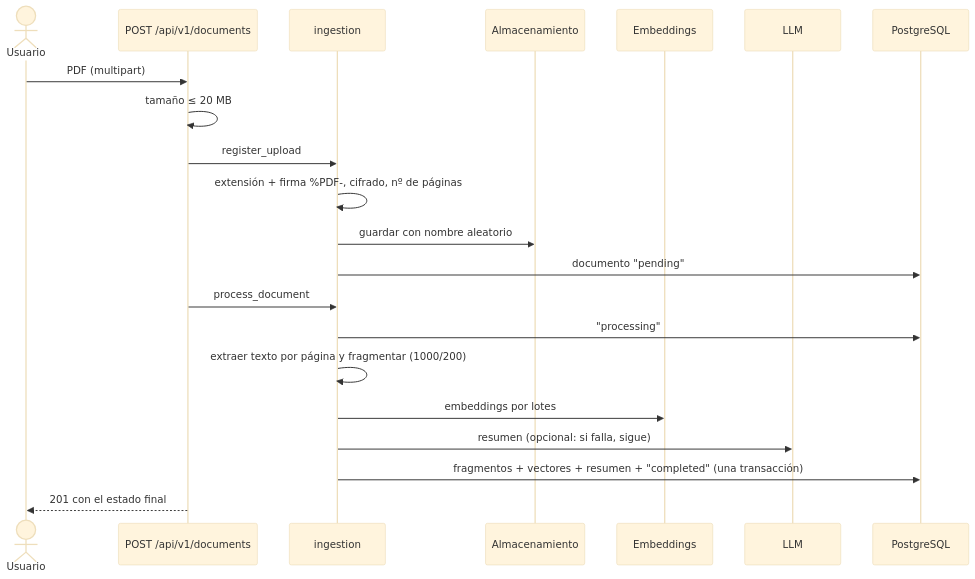
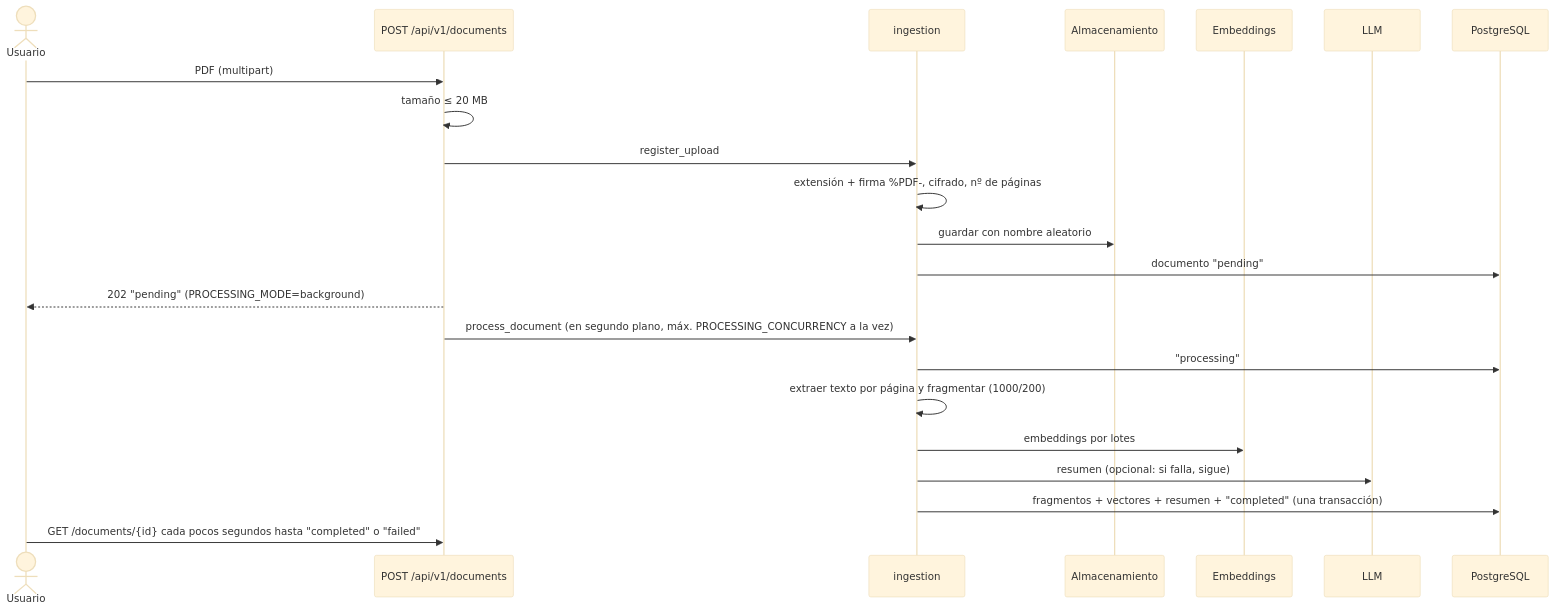
The second of 4 diagrams in docs/architecture.md (ivanqenk/rag), drawn with Mermaid (base theme) before and after one commit. The commit also changed other lines of this file and 15 other files, not shown here.

First line of the commit message:
Procesamiento de documentos en segundo plano

````diff
--- a/docs/architecture.md
+++ b/docs/architecture.md
@@ -33,24 +33,25 @@
 ```mermaid
 sequenceDiagram
     actor U as Usuario
     participant API as POST /api/v1/documents
     participant I as ingestion
     participant FS as Almacenamiento
     participant E as Embeddings
     participant L as LLM
     participant DB as PostgreSQL
 
     U->>API: PDF (multipart)
     API->>API: tamaño ≤ 20 MB
     API->>I: register_upload
     I->>I: extensión + firma %PDF-, cifrado, nº de páginas
     I->>FS: guardar con nombre aleatorio
     I->>DB: documento "pending"
-    API->>I: process_document
+    API-->>U: 202 "pending" (PROCESSING_MODE=background)
+    API->>I: process_document (en segundo plano, máx. PROCESSING_CONCURRENCY a la vez)
     I->>DB: "processing"
     I->>I: extraer texto por página y fragmentar (1000/200)
     I->>E: embeddings por lotes
     I->>L: resumen (opcional: si falla, sigue)
     I->>DB: fragmentos + vectores + resumen + "completed" (una transacción)
-    API-->>U: 201 con el estado final
+    U->>API: GET /documents/{id} cada pocos segundos hasta "completed" o "failed"
 ```
````
